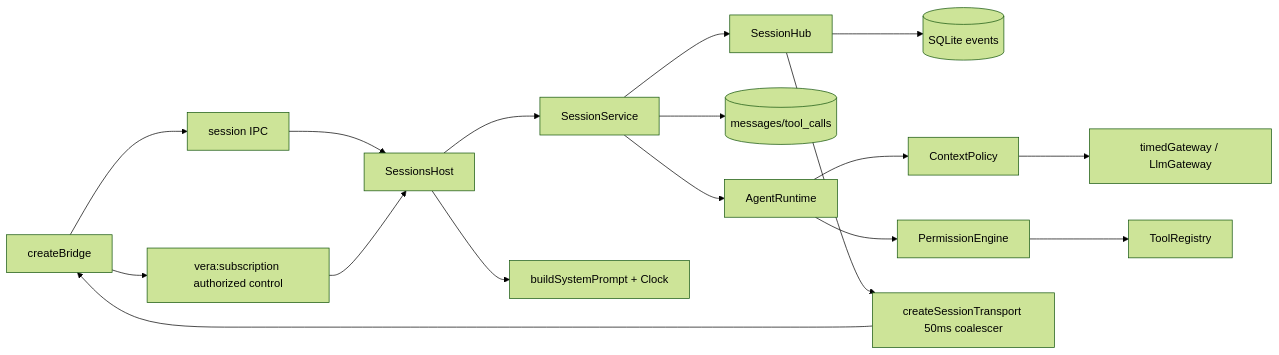
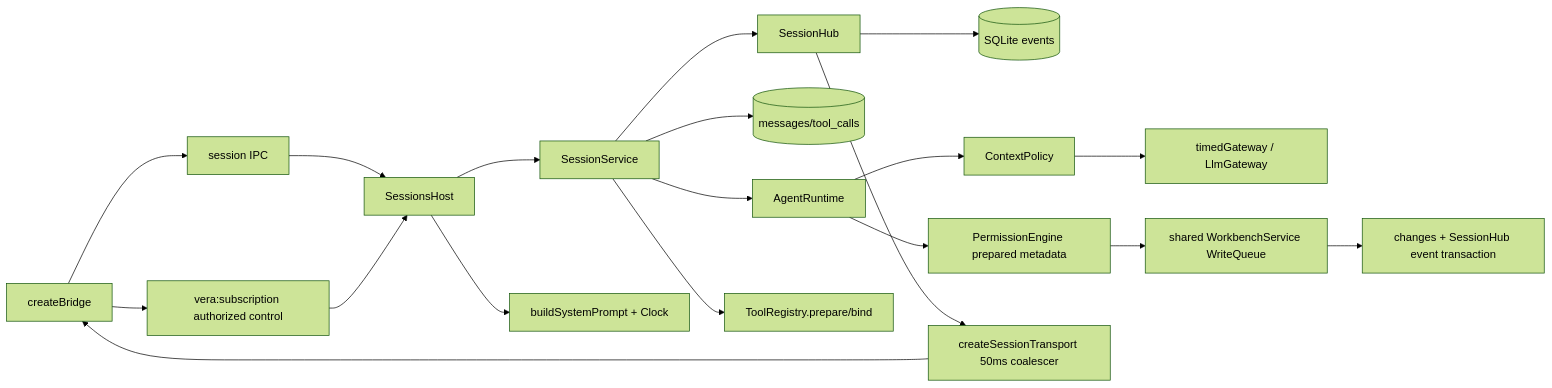
Before and after one commit to DDP-Engineering/2026_Virtual_Embedded_Rig_Assistant: the diagram in .agentic/knowledge/sessions.md, drawn with Mermaid (forest theme). The commit also changed other lines of this file and 42 other files, not shown here.

````diff
--- a/.agentic/knowledge/sessions.md
+++ b/.agentic/knowledge/sessions.md
@@ -49,19 +51,21 @@
 ```mermaid
 flowchart LR
  bridge[createBridge] --> control[vera:subscription authorized control]
  bridge --> invokes[session IPC]
  invokes --> host[SessionsHost]
  control --> host
  host --> service[SessionService]
  service --> hub[SessionHub]
  hub --> events[(SQLite events)]
  service --> messages[(messages/tool_calls)]
  service --> runtime[AgentRuntime]
  runtime --> policy[ContextPolicy]
  policy --> gateway[timedGateway / LlmGateway]
- runtime --> permission[PermissionEngine]
- permission --> registry[ToolRegistry]
+ runtime --> permission[PermissionEngine prepared metadata]
+ permission --> queue[shared WorkbenchService WriteQueue]
+ queue --> changes[changes + SessionHub event transaction]
+ service --> registry[ToolRegistry.prepare/bind]
  hub --> transport[createSessionTransport 50ms coalescer]
  transport --> bridge
  host --> prompt[buildSystemPrompt + Clock]
 ```
````
